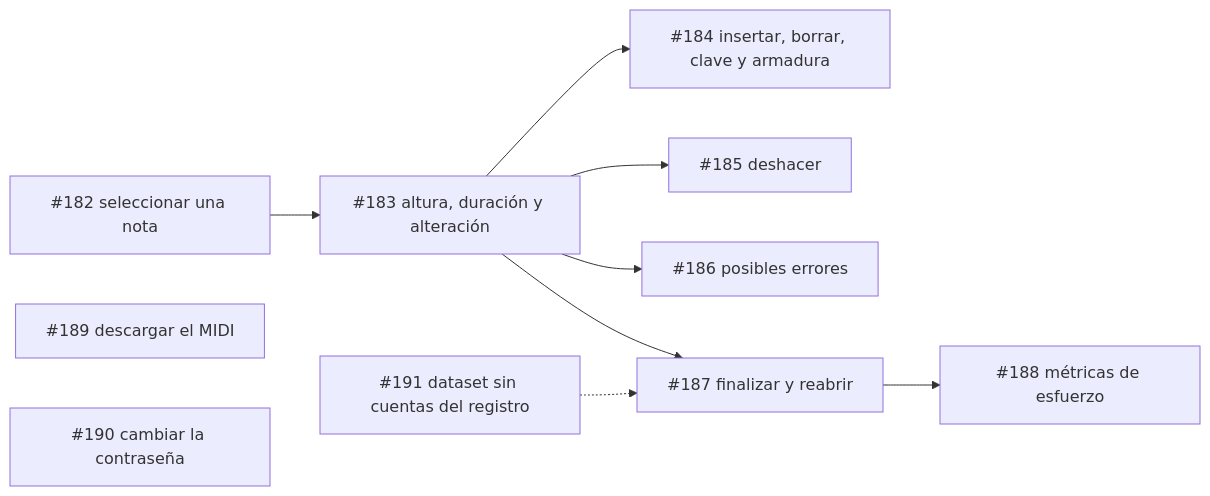
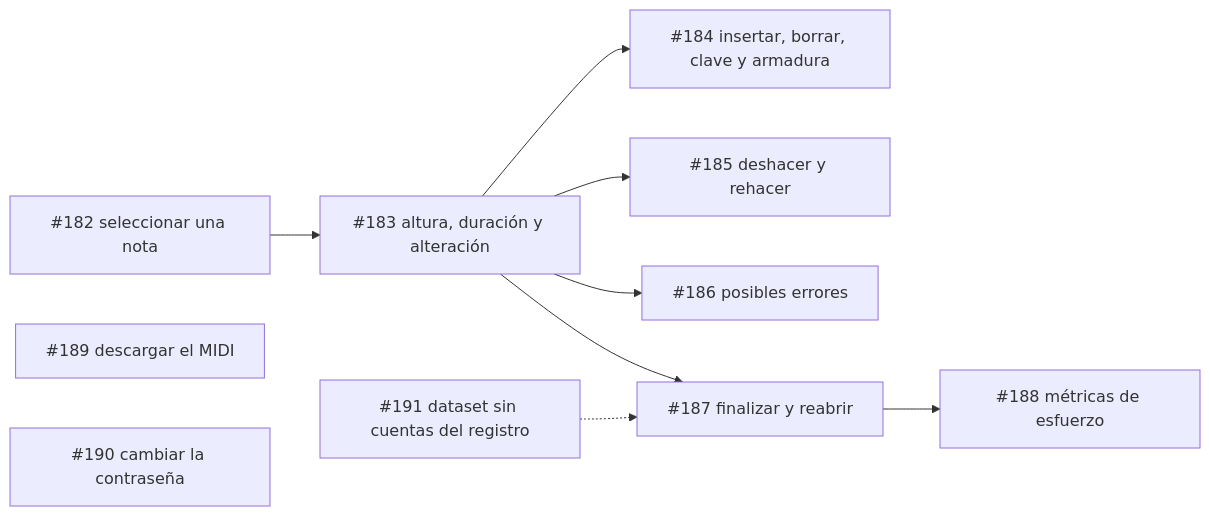
One commit to sebdavid3/Cadenza changed the diagram in docs/phases/phase_8_web_interface/README.md. Above: the diagram before and after it, drawn with Mermaid. The commit also changed other lines of this file and 7 other files, not shown here.

````diff
--- a/docs/phases/phase_8_web_interface/README.md
+++ b/docs/phases/phase_8_web_interface/README.md
@@ -54,12 +54,12 @@
 ```mermaid
 flowchart LR
     S182["#182 seleccionar una nota"] --> S183["#183 altura, duración y alteración"]
     S183 --> S184["#184 insertar, borrar, clave y armadura"]
-    S183 --> S185["#185 deshacer"]
+    S183 --> S185["#185 deshacer y rehacer"]
     S183 --> S186["#186 posibles errores"]
     S183 --> S187["#187 finalizar y reabrir"]
     S191["#191 dataset sin cuentas del registro"] -.-> S187
     S187 --> S188["#188 métricas de esfuerzo"]
     S189["#189 descargar el MIDI"]
     S190["#190 cambiar la contraseña"]
 ```
````
